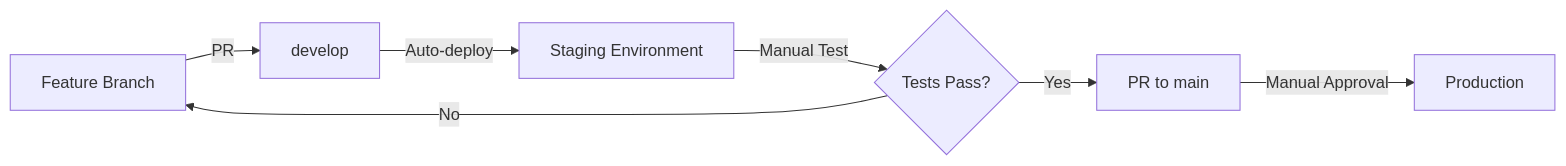
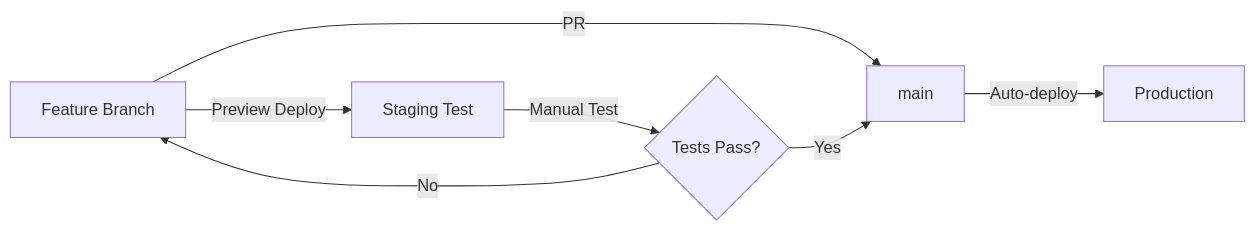
The diagram in docs/ENVIRONMENTS.md (RC918/morningai), drawn with Mermaid before and after one commit. The commit also changed other lines of this file and 11 other files, not shown here.

````diff
--- a/docs/ENVIRONMENTS.md
+++ b/docs/ENVIRONMENTS.md
@@ -1253,9 +1255,9 @@
 ```mermaid
 graph LR
-    A[Feature Branch] -->|PR| B[develop]
-    B -->|Auto-deploy| C[Staging Environment]
-    C -->|Manual Test| D{Tests Pass?}
-    D -->|Yes| E[PR to main]
-    E -->|Manual Approval| F[Production]
-    D -->|No| A
+    A[Feature Branch] -->|PR| B[main]
+    B -->|Auto-deploy| C[Production]
+    A -->|Preview Deploy| D[Staging Test]
+    D -->|Manual Test| E{Tests Pass?}
+    E -->|Yes| B
+    E -->|No| A
 ```
````
